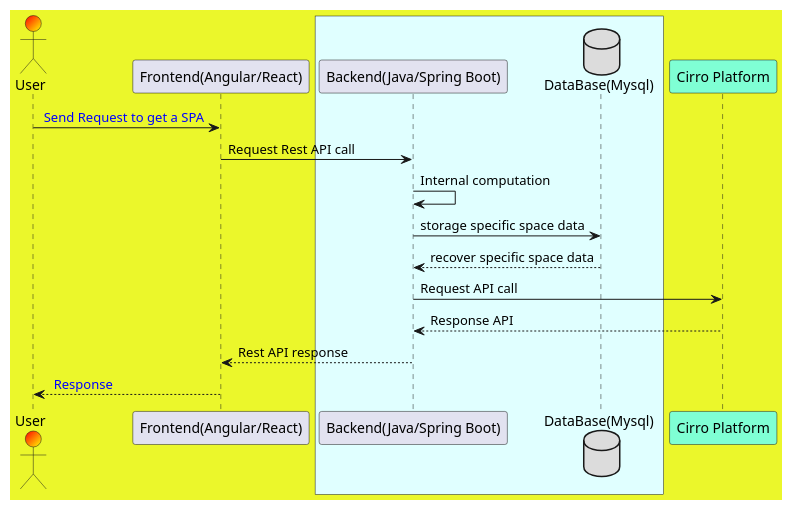
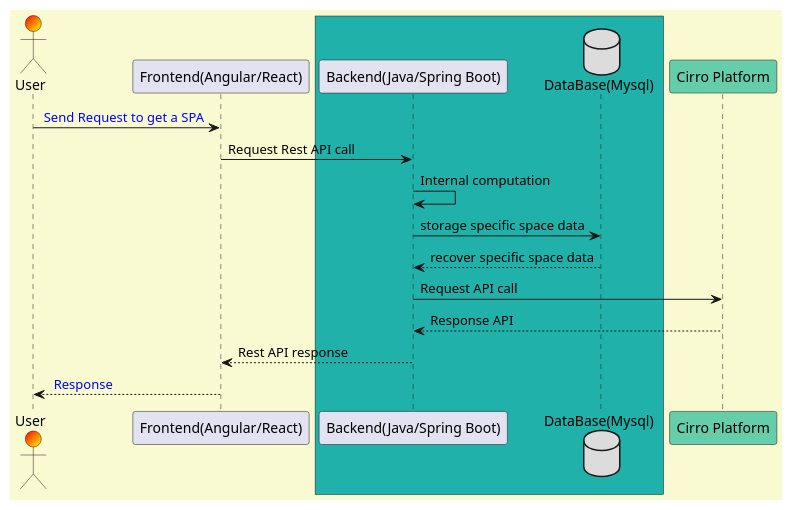
One commit to sourcelight/documentation_as_code changed the diagram in sequence_diagram.puml. Above: the diagram before and after it, drawn with PlantUML. The commit also changed 1 other file, not shown here.

```diff
--- a/sequence_diagram.puml
+++ b/sequence_diagram.puml
@@ -1,40 +1,46 @@
 @startuml sequence_diagram
 
 ' Define the background color
-skinparam backgroundColor #EBF72B
+'skinparam backgroundColor #EBF72B
+
+skinparam backgroundColor #LightGoldenRodYellow
 
 actor User as u #Red/Yellow
 
+'actor User as u #Red/LightGreen
+
 participant "Frontend(Angular/React)" as FE
 
-box #LightCyan
+box #LightSeaGreen
+'box #LightGreen
 
 participant "Backend(Java/Spring Boot)" as BE
 
 database "DataBase(Mysql)" as DB #Gainsboro
 end box
 
-participant "Cirro Platform" as CP #Aquamarine
+participant "Cirro Platform" as CP #MediumAquaMarine
+'participant "Cirro Platform" as CP #AAFAC9
 
 
 
 u -> FE: <color:Blue> Send Request to get a SPA
 
 FE-> BE:Request Rest API call
 
 BE -> BE:Internal computation
 
 BE -> DB:storage specific space data
 
 DB --> BE:recover specific space data
 
 BE -> CP:Request API call
 
 CP --> BE:Response API
 
 BE --> FE:Rest API response
 
 FE --> u: <color:Blue> Response
 
 
 @enduml
```
